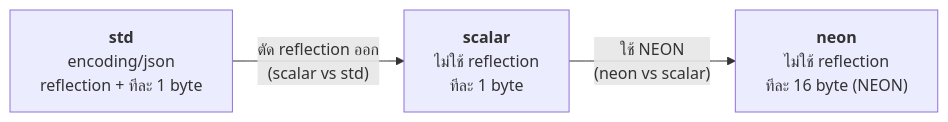
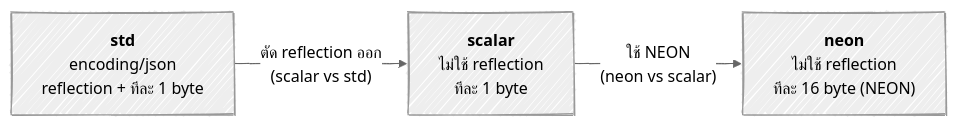
The first of 2 diagrams in README.md (ukritfongsomboon/benchmark_arm64_vs_x86_json), drawn with Mermaid before and after one commit. The commit also changed other lines of this file, not shown here.

````diff
--- a/README.md
+++ b/README.md
@@ -53,9 +53,14 @@
 ```mermaid
+---
+config:
+  look: handDrawn
+  theme: neutral
+---
 flowchart LR
     std["<b>std</b><br/>encoding/json<br/>reflection + ทีละ 1 byte"]
     scalar["<b>scalar</b><br/>ไม่ใช้ reflection<br/>ทีละ 1 byte"]
     neon["<b>neon</b><br/>ไม่ใช้ reflection<br/>ทีละ 16 byte (NEON)"]
 
     std -- "ตัด reflection ออก<br/>(scalar vs std)" --> scalar
     scalar -- "ใช้ NEON<br/>(neon vs scalar)" --> neon
 ```
````
